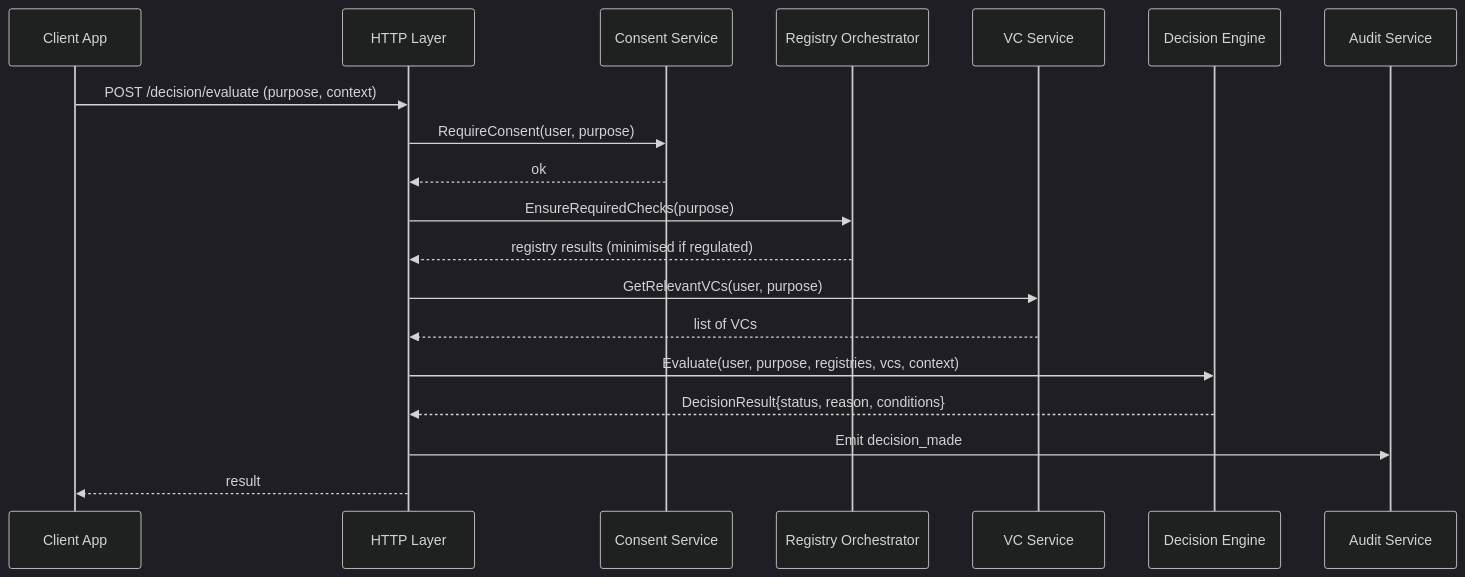
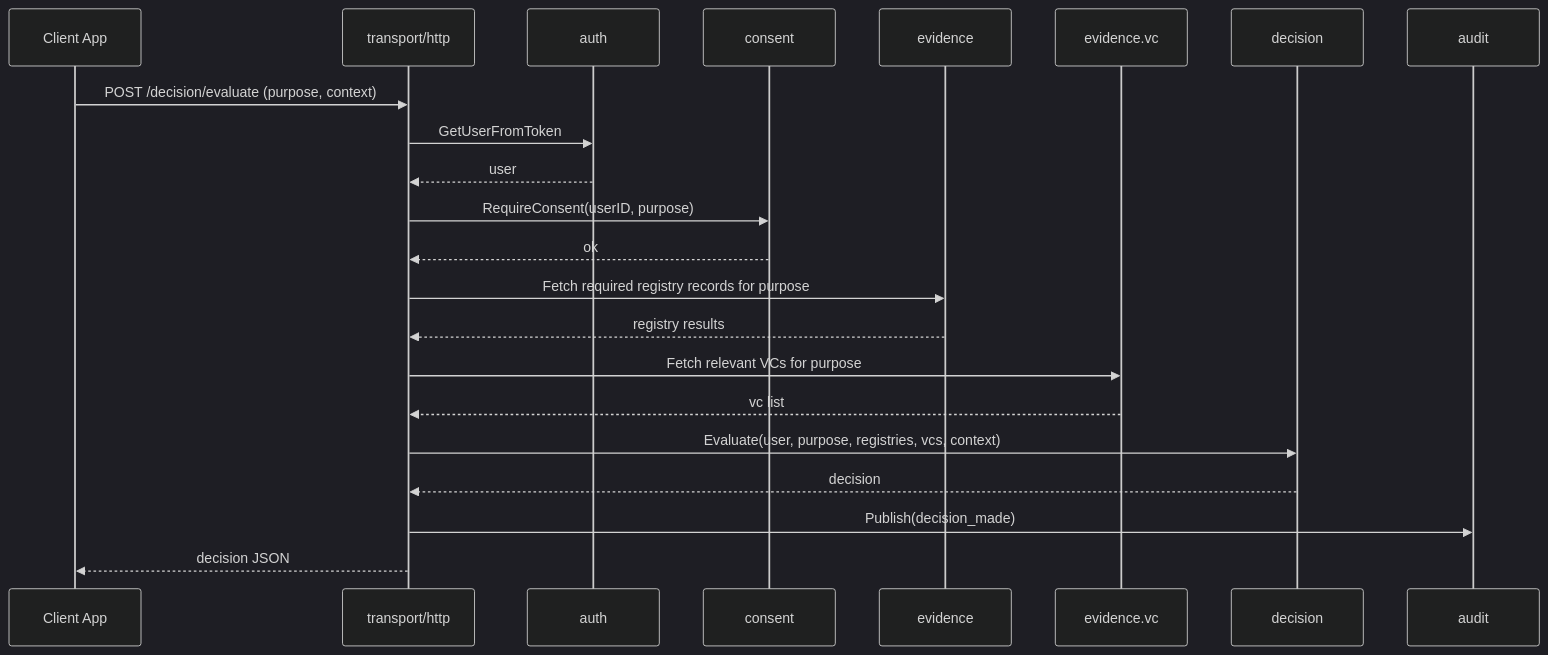
The third of 4 diagrams in docs/architecture.md (abramin/Credo), drawn with Mermaid (dark theme) before and after one commit. The commit also changed other lines of this file and 59 other files, not shown here.

````diff
--- a/docs/architecture.md
+++ b/docs/architecture.md
@@ -326,26 +493,30 @@
 ```mermaid
 sequenceDiagram
     participant App as Client App
-    participant API as HTTP Layer
-    participant Consent as Consent Service
-    participant Reg as Registry Orchestrator
-    participant VC as VC Service
-    participant Dec as Decision Engine
-    participant Audit as Audit Service
+    participant HTTP as transport/http
+    participant Auth as auth
+    participant Consent as consent
+    participant Evidence as evidence
+    participant VC as evidence.vc
+    participant Decision as decision
+    participant Audit as audit
 
-    App->>API: POST /decision/evaluate (purpose, context)
-    API->>Consent: RequireConsent(user, purpose)
-    Consent-->>API: ok
+    App->>HTTP: POST /decision/evaluate (purpose, context)
+    HTTP->>Auth: GetUserFromToken
+    Auth-->>HTTP: user
 
-    API->>Reg: EnsureRequiredChecks(purpose)
-    Reg-->>API: registry results (minimised if regulated)
+    HTTP->>Consent: RequireConsent(userID, purpose)
+    Consent-->>HTTP: ok
 
-    API->>VC: GetRelevantVCs(user, purpose)
-    VC-->>API: list of VCs
+    HTTP->>Evidence: Fetch required registry records for purpose
+    Evidence-->>HTTP: registry results
 
-    API->>Dec: Evaluate(user, purpose, registries, vcs, context)
-    Dec-->>API: DecisionResult{status, reason, conditions}
+    HTTP->>VC: Fetch relevant VCs for purpose
+    VC-->>HTTP: vc list
 
-    API->>Audit: Emit decision_made
-    API-->>App: result
+    HTTP->>Decision: Evaluate(user, purpose, registries, vcs, context)
+    Decision-->>HTTP: decision
+
+    HTTP->>Audit: Publish(decision_made)
+    HTTP-->>App: decision JSON
 ```
````
